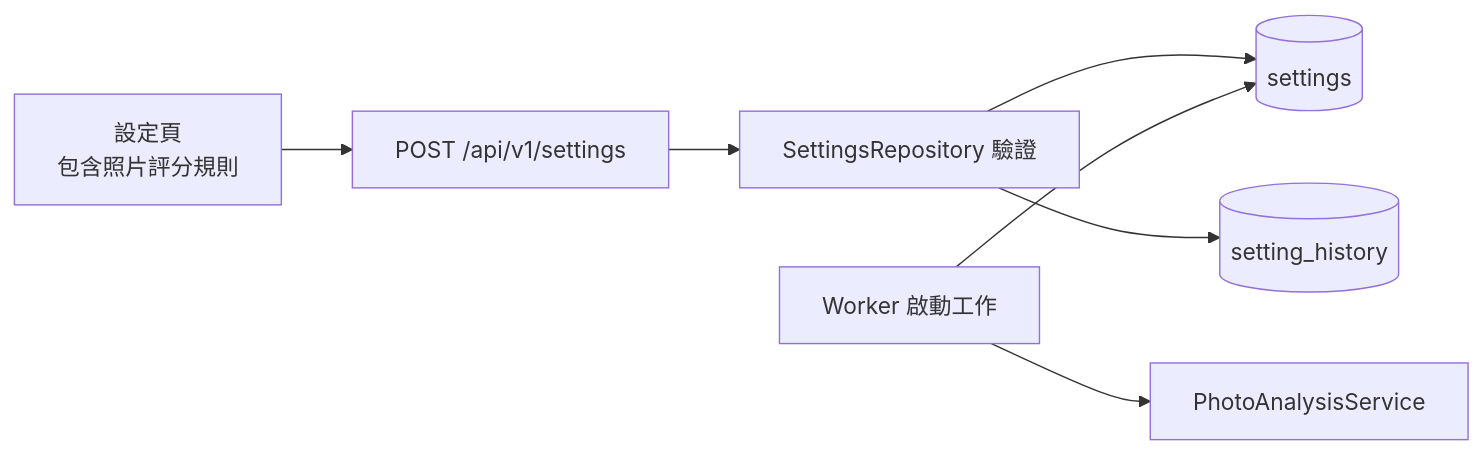
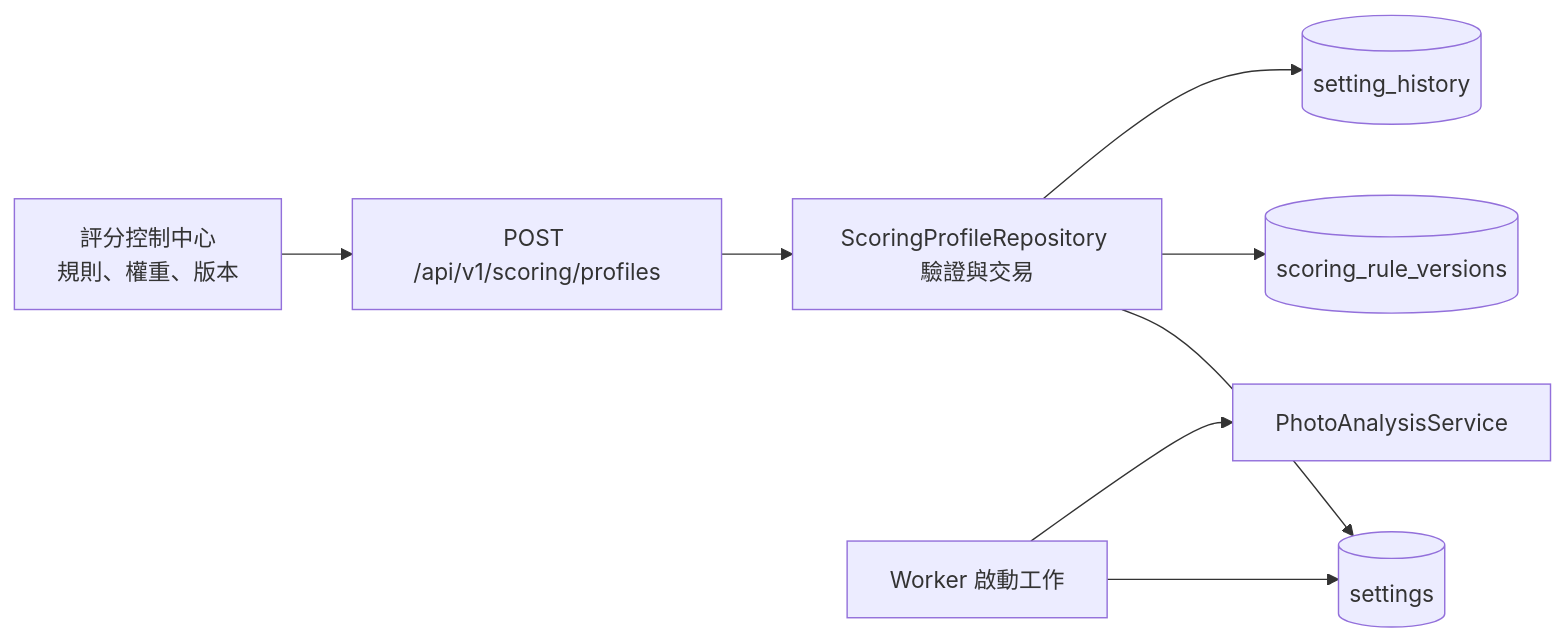
One commit to steven87090799/InkTime changed the third of 3 diagrams in docs/ARCHITECTURE_ZH_TW.md. Above: the diagram before and after it, drawn with Mermaid. The commit also changed other lines of this file and 27 other files, not shown here.

````diff
--- a/docs/ARCHITECTURE_ZH_TW.md
+++ b/docs/ARCHITECTURE_ZH_TW.md
@@ -130,9 +133,10 @@
 ```mermaid
 flowchart LR
-    SETTINGS_UI["設定頁<br/>包含照片評分規則"] --> SETTINGS_API["POST /api/v1/settings"]
-    SETTINGS_API --> VALIDATE["SettingsRepository 驗證"]
+    SETTINGS_UI["評分控制中心<br/>規則、權重、版本"] --> SETTINGS_API["POST /api/v1/scoring/profiles"]
+    SETTINGS_API --> VALIDATE["ScoringProfileRepository 驗證與交易"]
     VALIDATE --> SETTINGS_DB[("settings")]
+    VALIDATE --> VERSIONS[("scoring_rule_versions")]
     VALIDATE --> HISTORY[("setting_history")]
     WORKER["Worker 啟動工作"] --> SETTINGS_DB
     WORKER --> ANALYSIS["PhotoAnalysisService"]
 ```
````
